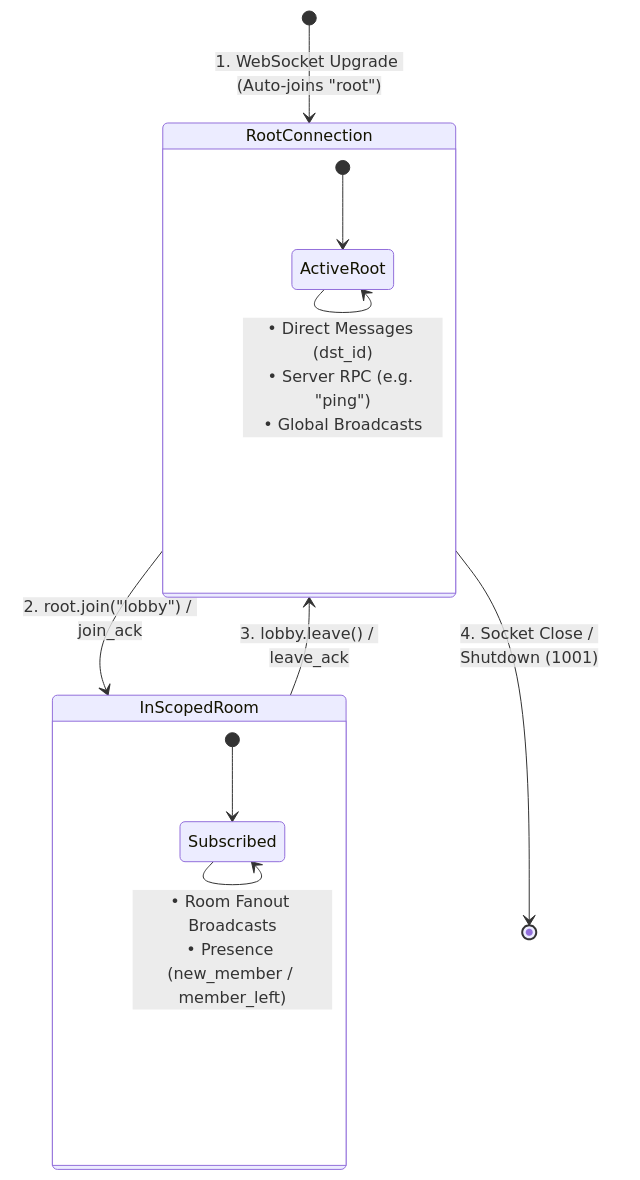
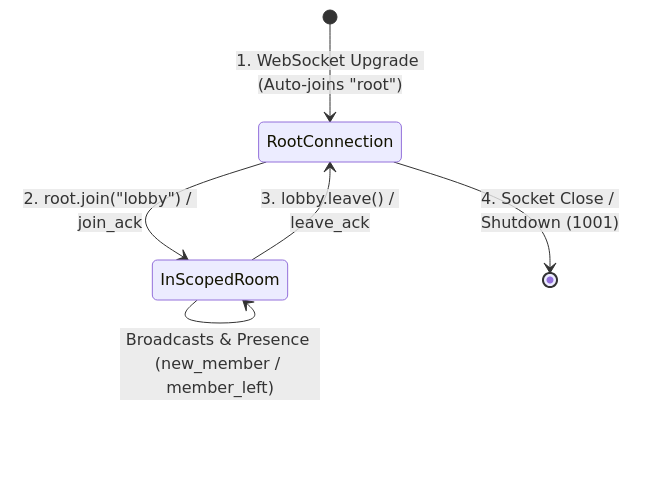
One commit to joncody/roomer changed the second of 2 diagrams in README.md. Above: the diagram before and after it, drawn with Mermaid. The commit also changed other lines of this file and 31 other files, not shown here.

````diff
--- a/README.md
+++ b/README.md
@@ -54,23 +68,9 @@
 ```mermaid
 stateDiagram-v2
     direction TB
-
     [*] --> RootConnection: 1. WebSocket Upgrade (Auto-joins "root")
-
-    state RootConnection {
-        direction TB
-        [*] --> ActiveRoot
-        ActiveRoot --> ActiveRoot: • Direct Messages (dst_id)<br/>• Server RPC (e.g. "ping")<br/>• Global Broadcasts
-    }
-
     RootConnection --> InScopedRoom: 2. root.join("lobby") / join_ack
-
-    state InScopedRoom {
-        direction TB
-        [*] --> Subscribed
-        Subscribed --> Subscribed: • Room Fanout Broadcasts<br/>• Presence (new_member / member_left)
-    }
-
+    InScopedRoom --> InScopedRoom: Broadcasts & Presence (new_member / member_left)
     InScopedRoom --> RootConnection: 3. lobby.leave() / leave_ack
     RootConnection --> [*]: 4. Socket Close / Shutdown (1001)
 ```
````
